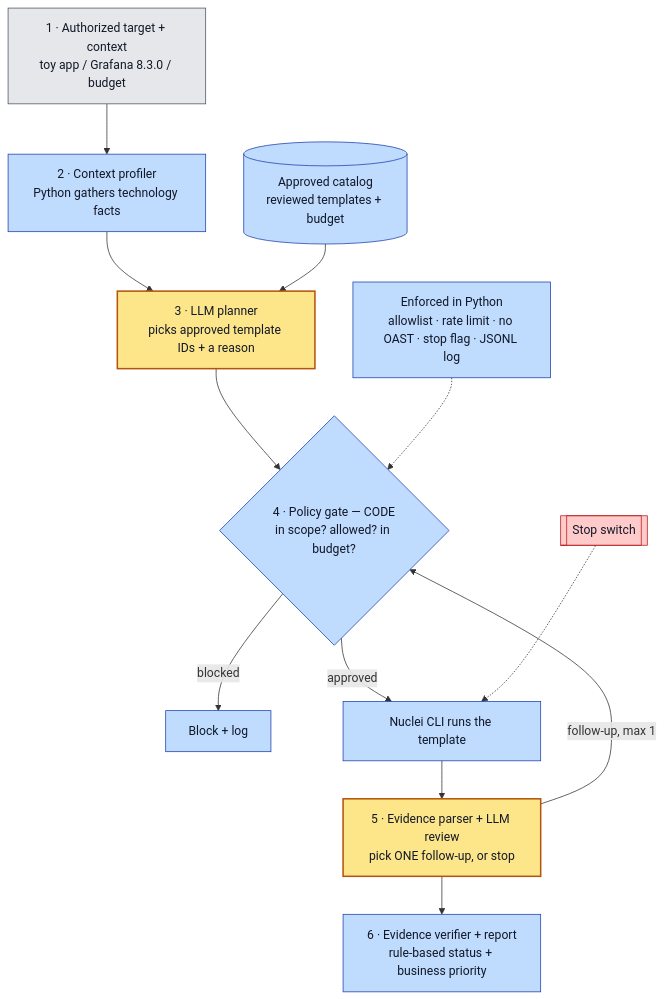
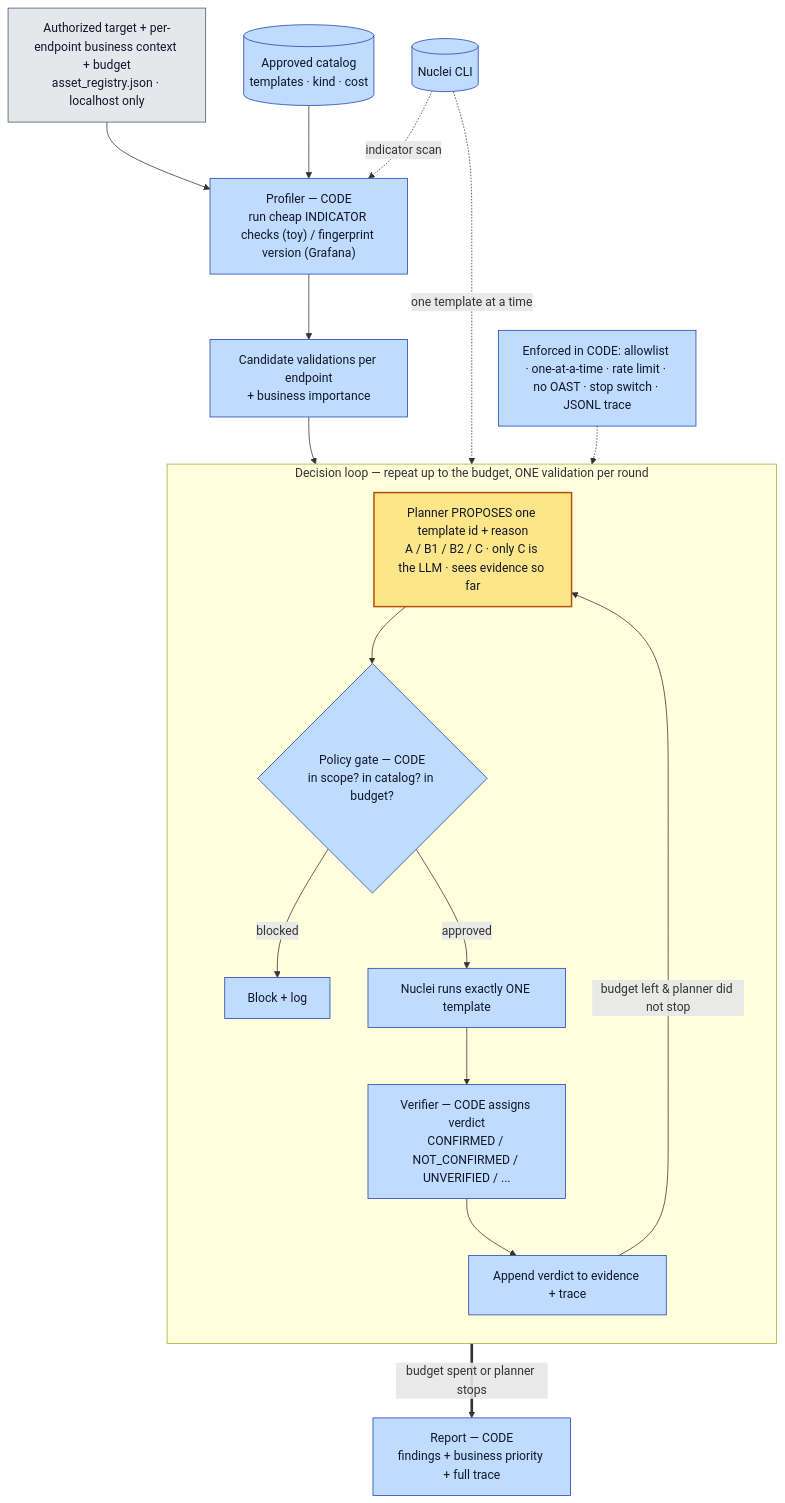
One commit to Acharya320/NucleiPilot changed the diagram in docs/figures/poc_flow.mmd. Above: the diagram before and after it, drawn with Mermaid. The commit also changed 2 other files, not shown here.

Commit message:
Fix poc_flow diagram + prose to match the implementation
The old flow showed the LLM in TWO amber boxes ("LLM planner" and a separate
"Evidence parser + LLM review"), implying two LLM stages. The code has only ONE
LLM touchpoint: the planner, called once per round in a loop; the "follow-up" is
just the next loop iteration re-calling the same planner with accumulated
evidence, and evidence parsing + the verdict are pure code.

New diagram: a single amber planner (labelled A/B1/B2/C, only C = LLM) inside an
explicit decision loop (propose -> policy gate -> Nuclei runs exactly ONE template
-> code verdict -> append evidence -> repeat up to the budget), with the indicator
scan / version fingerprint feeding candidate validations. poc_plan.md's caption and
the "Evidence parser" bullet updated to match (no separate LLM "review" step).

```diff
--- a/docs/figures/poc_flow.mmd
+++ b/docs/figures/poc_flow.mmd
@@ -1,18 +1,24 @@
 flowchart TD
-    S1["1 · Authorized target + context<br/>toy app / Grafana 8.3.0 / budget"]:::ext --> S2
-    S2["2 · Context profiler<br/>Python gathers technology facts"]:::code --> S3
-    S3["3 · LLM planner<br/>picks approved template IDs + a reason"]:::model --> S4
-    S4{"4 · Policy gate — CODE<br/>in scope? allowed? in budget?"}:::code
-    S4 -->|blocked| BLK["Block + log"]:::code
-    S4 -->|approved| RUN["Nuclei CLI runs the template"]:::code
-    RUN --> S5["5 · Evidence parser + LLM review<br/>pick ONE follow-up, or stop"]:::model
-    S5 -->|"follow-up, max 1"| S4
-    S5 --> S6["6 · Evidence verifier + report<br/>rule-based status + business priority"]:::code
-    CAT[("Approved catalog<br/>reviewed templates + budget")]:::code --> S3
-    ENF["Enforced in Python<br/>allowlist · rate limit · no OAST · stop flag · JSONL log"]:::code -.-> S4
-    KILL[["Stop switch"]]:::stop -.-> RUN
+    S1["Authorized target + per-endpoint business context + budget<br/>asset_registry.json &middot; localhost only"]:::ext --> PROF
+    CAT[("Approved catalog<br/>templates &middot; kind &middot; cost")]:::code --> PROF
+    PROF["Profiler &mdash; CODE<br/>run cheap INDICATOR checks (toy) / fingerprint version (Grafana)"]:::code --> CAND["Candidate validations per endpoint<br/>+ business importance"]:::code
+    NUC[("Nuclei CLI")]:::code -. "indicator scan" .-> PROF
+    CAND --> PLAN
+
+    subgraph LOOP["Decision loop &mdash; repeat up to the budget, ONE validation per round"]
+    direction TB
+        PLAN["Planner PROPOSES one template id + reason<br/>A / B1 / B2 / C &middot; only C is the LLM &middot; sees evidence so far"]:::model --> GATE{"Policy gate &mdash; CODE<br/>in scope? in catalog? in budget?"}:::code
+        GATE -->|blocked| BLK["Block + log"]:::code
+        GATE -->|approved| RUN["Nuclei runs exactly ONE template"]:::code
+        RUN --> VER["Verifier &mdash; CODE assigns verdict<br/>CONFIRMED / NOT_CONFIRMED / UNVERIFIED / ..."]:::code
+        VER --> EV["Append verdict to evidence + trace"]:::code
+        EV -->|"budget left &amp; planner did not stop"| PLAN
+    end
+
+    EV ==>|"budget spent or planner stops"| REP["Report &mdash; CODE<br/>findings + business priority + full trace"]:::code
+    NUC -. "one template at a time" .-> RUN
+    ENF["Enforced in CODE: allowlist &middot; one-at-a-time &middot; rate limit &middot; no OAST &middot; stop switch &middot; JSONL trace"]:::code -.-> GATE
 
     classDef model fill:#fde68a,stroke:#b45309,stroke-width:2px,color:#111827
     classDef code fill:#bfdbfe,stroke:#1e40af,color:#111827
     classDef ext fill:#e5e7eb,stroke:#4b5563,color:#111827
-    classDef stop fill:#fecaca,stroke:#b91c1c,color:#111827
```
